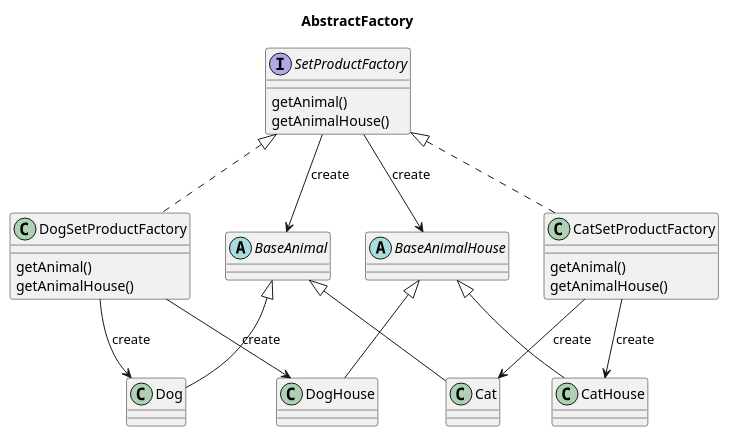
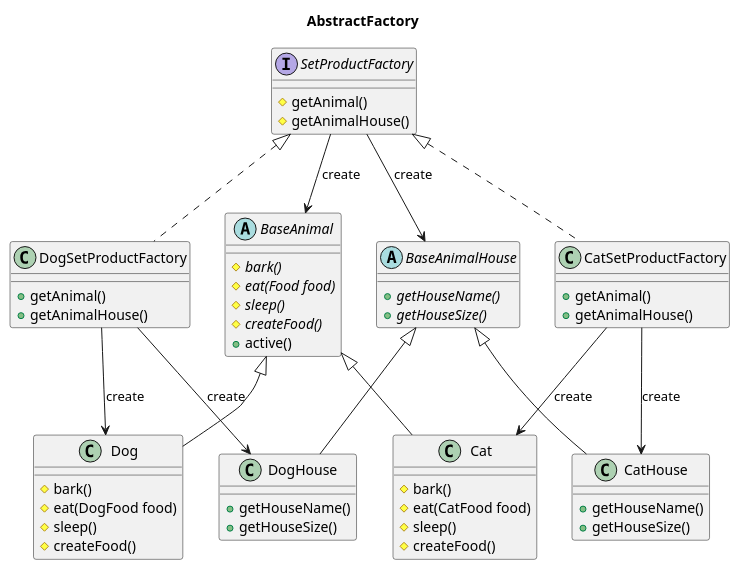
One commit to MasafumiSekihata/studyDesignPatterns changed the third of 7 diagrams in designPattern.md. Above: the diagram before and after it, drawn with PlantUML. The commit also changed other lines of this file, not shown here.

Commit message:
クラス図にメソッド追加、動作するソースに修正

````diff
--- a/designPattern.md
+++ b/designPattern.md
@@ -212,43 +388,68 @@
 ```plantuml
 @startuml
 title AbstractFactory
 
 interface "SetProductFactory" as SetProductFactory {
-    getAnimal()
-    getAnimalHouse()
+    #getAnimal()
+    #getAnimalHouse()
 }
 class "DogSetProductFactory" as DogSetProductFactory {
-    getAnimal()
-    getAnimalHouse()
+    +getAnimal()
+    +getAnimalHouse()
 }
 class "CatSetProductFactory" as CatSetProductFactory {
-    getAnimal()
-    getAnimalHouse()
+    +getAnimal()
+    +getAnimalHouse()
 }
 SetProductFactory <|. DogSetProductFactory
 SetProductFactory <|. CatSetProductFactory
 
-abstract "BaseAnimal" as BaseAnimal
-class "Dog" as Dog
-class "Cat" as Cat
+abstract "BaseAnimal" as BaseAnimal {
+    #{abstract} bark()
+    #{abstract} eat(Food food)
+    #{abstract} sleep()
+    #{abstract} createFood()
+    +active()
+}
+class "Dog" as Dog {
+    #bark()
+    #eat(DogFood food)
+    #sleep()
+    #createFood()
+}
+class "Cat" as Cat {
+    #bark()
+    #eat(CatFood food)
+    #sleep()
+    #createFood()
+}
 
 BaseAnimal <|-- Dog
 BaseAnimal <|-- Cat
 
-abstract "BaseAnimalHouse" as BaseAnimalHouse
-class "DogHouse" as DogHouse
-class "CatHouse" as CatHouse
+abstract "BaseAnimalHouse" as BaseAnimalHouse {
+    +{abstract} getHouseName()
+    +{abstract} getHouseSize()
+}
+class "DogHouse" as DogHouse {
+    +getHouseName()
+    +getHouseSize()
+}
+class "CatHouse" as CatHouse {
+    +getHouseName()
+    +getHouseSize()
+}
 
 BaseAnimalHouse <|-- DogHouse
 BaseAnimalHouse <|-- CatHouse
 
 SetProductFactory --> BaseAnimal: create
 SetProductFactory --> BaseAnimalHouse: create
 
 DogSetProductFactory --> Dog: create
 DogSetProductFactory --> DogHouse: create
 CatSetProductFactory --> Cat: create
 CatSetProductFactory --> CatHouse: create
 
 @enduml
 ```
````
